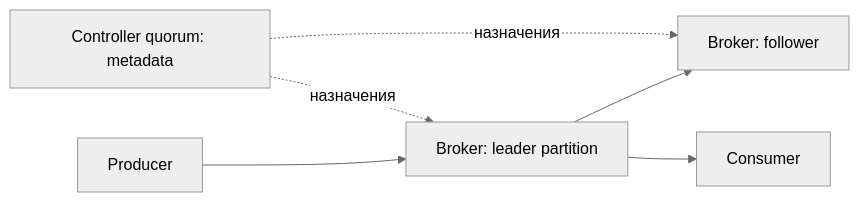
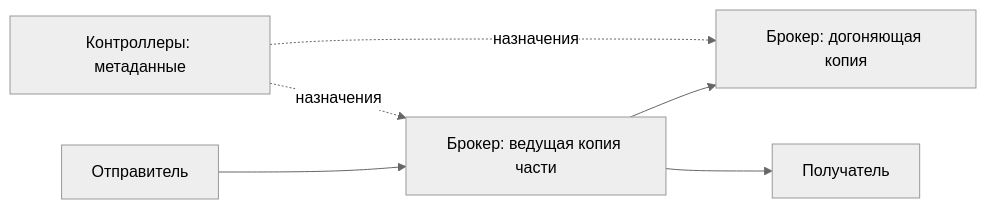
One commit to leary1337/vault changed the diagram in docs/messaging/kafka/architecture.md. Above: the diagram before and after it, drawn with Mermaid (neutral theme). The commit also changed other lines of this file and 325 other files, not shown here.

````diff
--- a/docs/messaging/kafka/architecture.md
+++ b/docs/messaging/kafka/architecture.md
@@ -39,8 +28,8 @@
 ```mermaid
 flowchart LR
-    Producer[Producer] --> Leader[Broker: leader partition]
-    Leader --> Follower[Broker: follower]
-    Leader --> Consumer[Consumer]
-    Controllers[Controller quorum: metadata] -. назначения .-> Leader
+    Producer[Отправитель] --> Leader[Брокер: ведущая копия части]
+    Leader --> Follower[Брокер: догоняющая копия]
+    Leader --> Consumer[Получатель]
+    Controllers[Контроллеры: метаданные] -. назначения .-> Leader
     Controllers -. назначения .-> Follower
 ```
````
